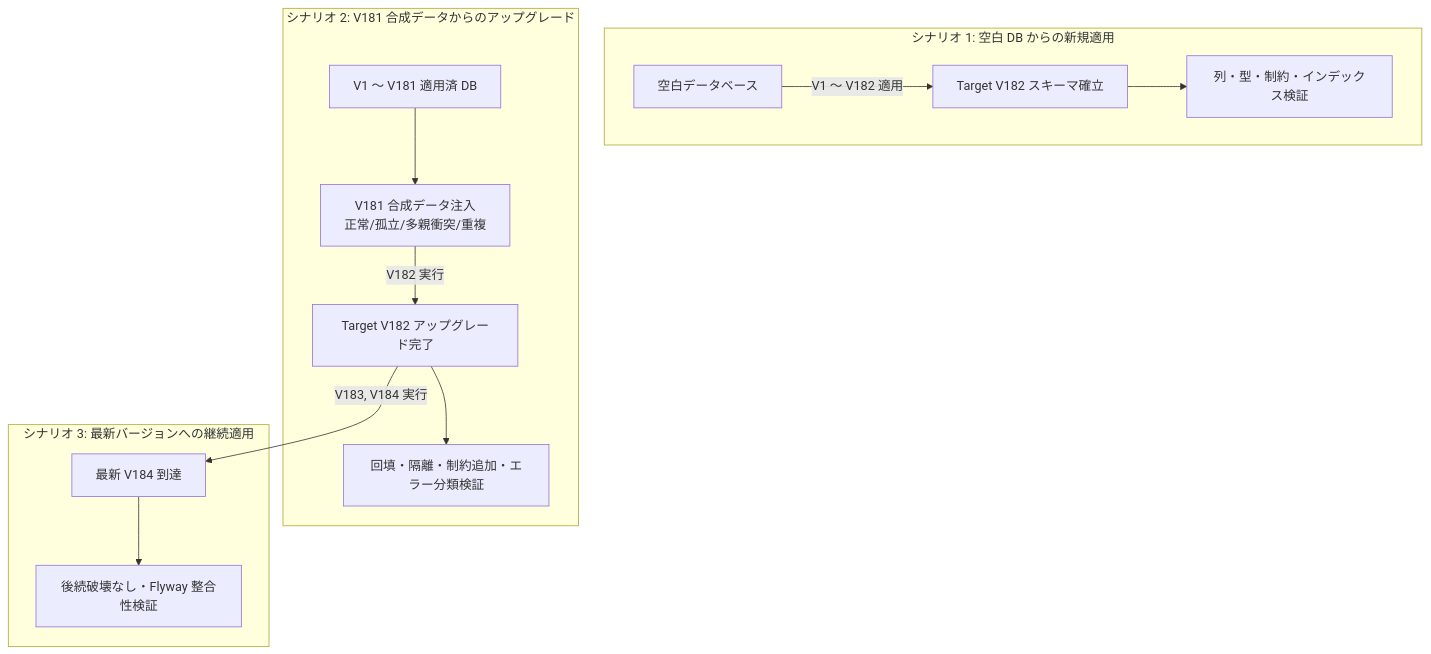
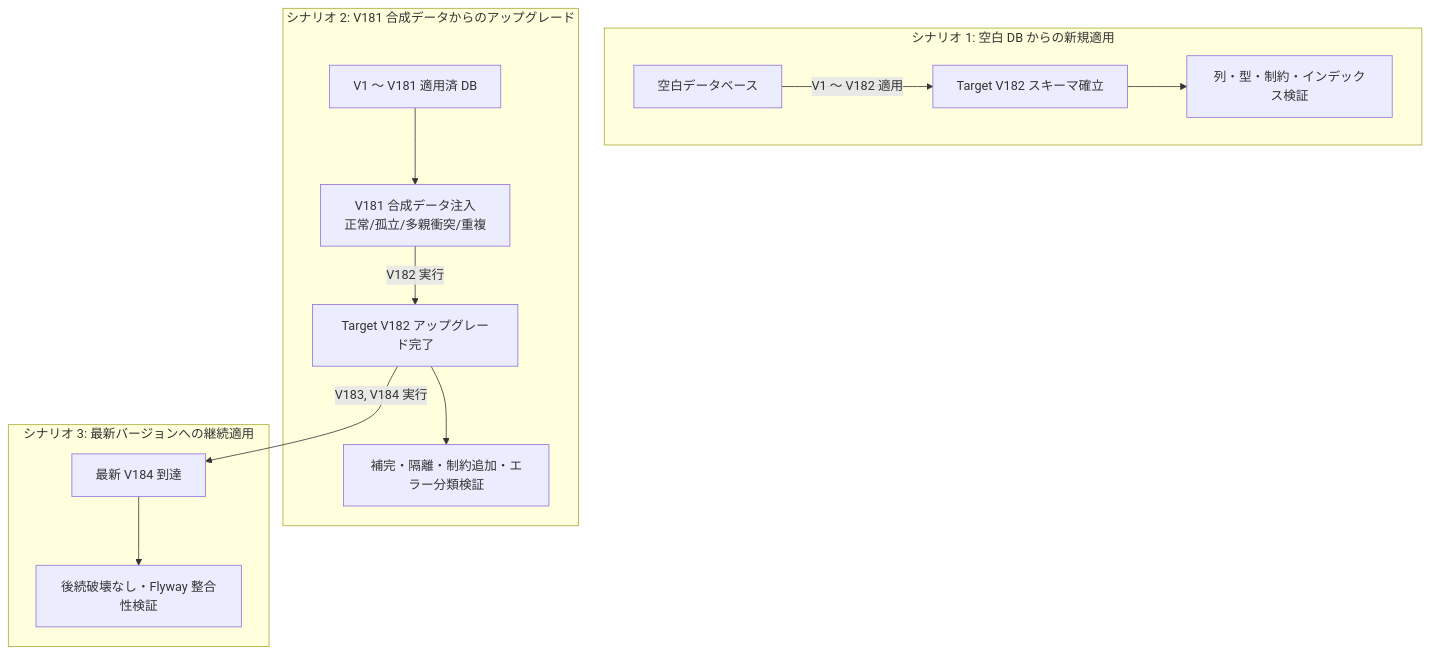
The diagram in .kiro/specs/asset-account-license-lifecycle/v182-rehearsal-contract.md (satoshi2024/ses-manager-pro), drawn with Mermaid before and after one commit. The commit also changed other lines of this file and 93 other files, not shown here.

````diff
--- a/.kiro/specs/asset-account-license-lifecycle/v182-rehearsal-contract.md
+++ b/.kiro/specs/asset-account-license-lifecycle/v182-rehearsal-contract.md
@@ -32,18 +32,18 @@
 ```mermaid
 flowchart TD
     subgraph Scenario1 [シナリオ 1: 空白 DB からの新規適用]
         Empty[空白データベース] -->|V1 〜 V182 適用| Target182_Fresh[Target V182 スキーマ確立]
         Target182_Fresh --> VerifyFresh[列・型・制約・インデックス検証]
     end
 
     subgraph Scenario2 [シナリオ 2: V181 合成データからのアップグレード]
         V181_Baseline[V1 〜 V181 適用済 DB] --> SeedSynthetic[V181 合成データ注入<br/>正常/孤立/多親衝突/重複]
         SeedSynthetic -->|V182 実行| Upgraded182[Target V182 アップグレード完了]
-        Upgraded182 --> VerifyData[回填・隔離・制約追加・エラー分類検証]
+        Upgraded182 --> VerifyData[補完・隔離・制約追加・エラー分類検証]
     end
 
     subgraph Scenario3 [シナリオ 3: 最新バージョンへの継続適用]
         Upgraded182 -->|V183, V184 実行| LatestCandidate[最新 V184 到達]
         LatestCandidate --> VerifyLatest[後続破壊なし・Flyway 整合性検証]
     end
 ```
````
